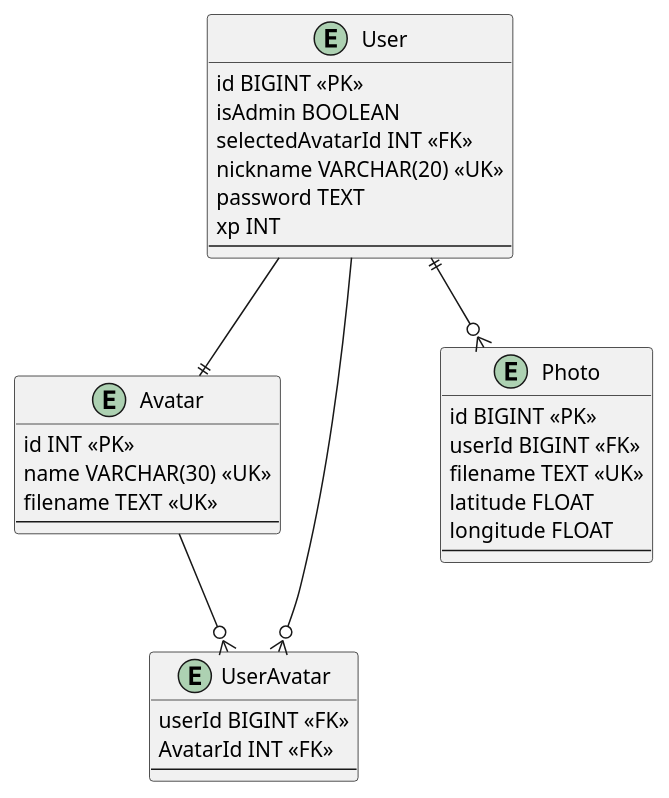
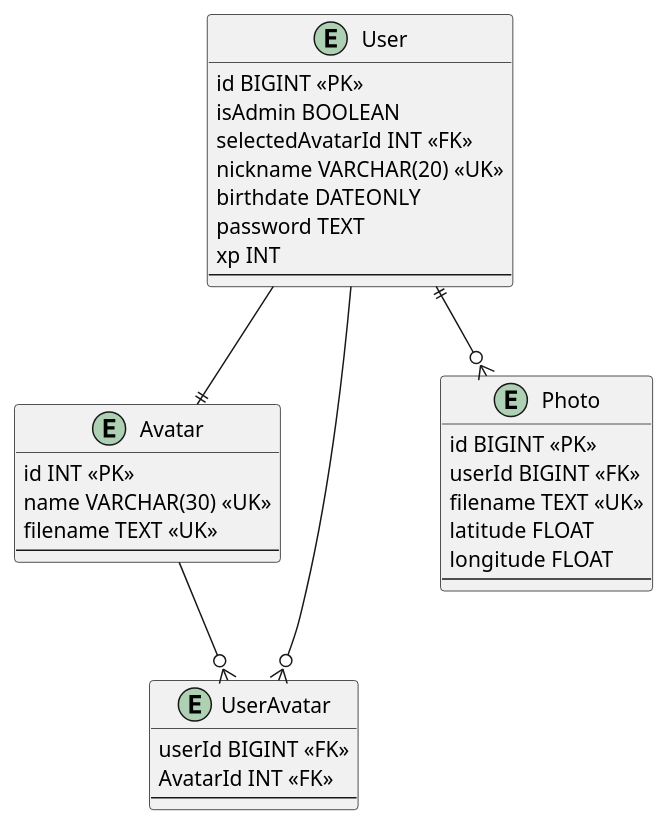
The diagram in src/database/design/DER_095.plantuml (augusto-dmh/095cm_xrlab_backend), drawn with PlantUML before and after one commit. The commit also changed 10 other files, not shown here.

```diff
--- a/src/database/design/DER_095.plantuml
+++ b/src/database/design/DER_095.plantuml
@@ -1,40 +1,41 @@
 @startuml DER
 
 entity User {
     id BIGINT <<PK>>
     isAdmin BOOLEAN
     selectedAvatarId INT <<FK>>
     nickname VARCHAR(20) <<UK>>
+    birthdate DATEONLY
     password TEXT
     xp INT
     --
 }
 
 entity Avatar {
     id INT <<PK>>
     name VARCHAR(30) <<UK>>
     filename TEXT <<UK>>
     --
 }
 
 entity UserAvatar {
     userId BIGINT <<FK>>
     AvatarId INT <<FK>>
     --
 }
 
 entity Photo {
     id BIGINT <<PK>>
     userId BIGINT <<FK>>
     filename TEXT <<UK>>
     latitude FLOAT
     longitude FLOAT
     --
 }
 
 User ||--o{ Photo
 User --|| Avatar
 User --o{ UserAvatar
 Avatar --o{ UserAvatar
 
 @enduml
```
